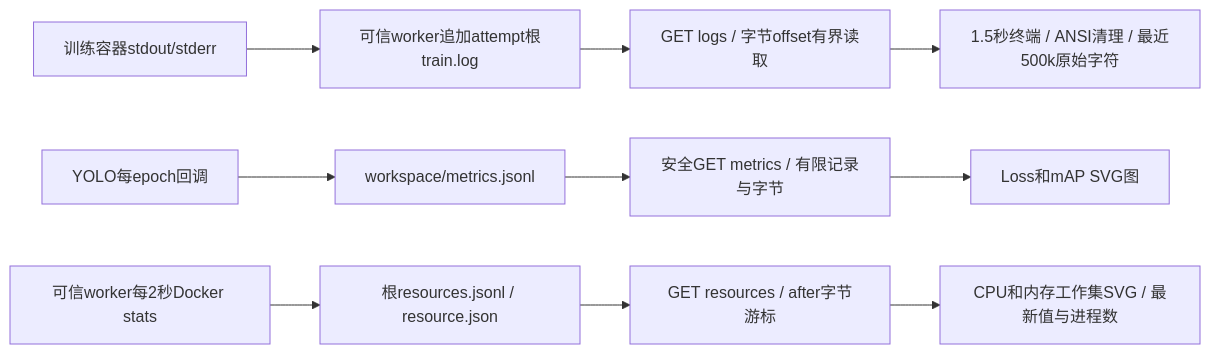
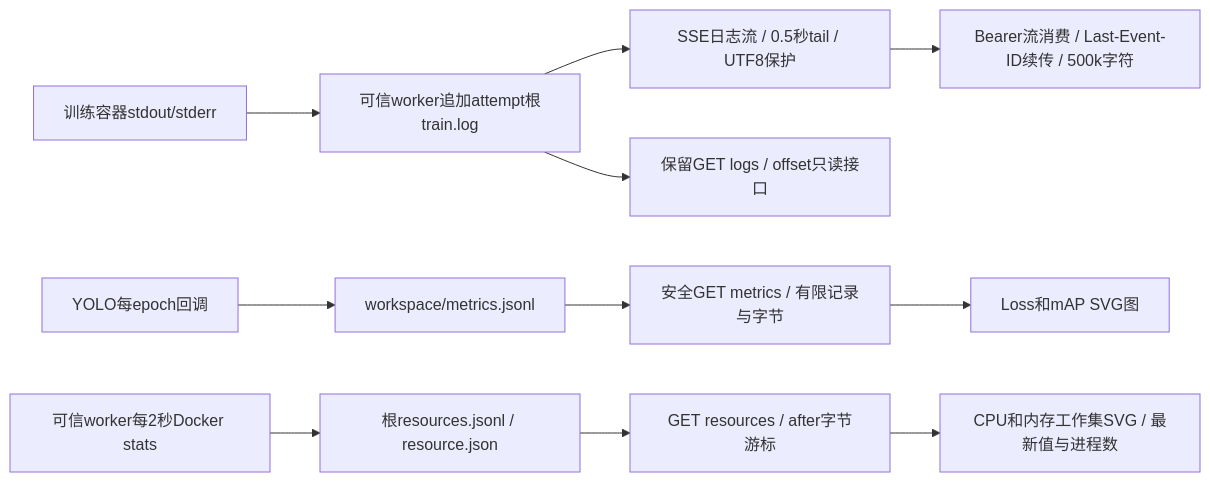
The sixth of 6 diagrams in docs/architecture-and-implementation.md (jackjiahao1491/trainplane-yolo-cpu), drawn with Mermaid before and after one commit. The commit also changed other lines of this file and 10 other files, not shown here.

````diff
--- a/docs/architecture-and-implementation.md
+++ b/docs/architecture-and-implementation.md
@@ -237,13 +237,14 @@
 ```mermaid
 %% diagram: observability
 flowchart LR
   TRAIN[训练容器stdout/stderr] --> LOG[可信worker追加attempt根train.log]
-  LOG --> LAPI[GET logs / 字节offset有界读取]
-  LAPI --> UI[1.5秒终端 / ANSI清理 / 最近500k原始字符]
+  LOG --> LAPI[SSE日志流 / 0.5秒tail / UTF8保护]
+  LAPI --> UI[Bearer流消费 / Last-Event-ID续传 / 500k字符]
+  LOG --> BACKUP[保留GET logs / offset只读接口]
   EPOCH[YOLO每epoch回调] --> METRICS[workspace/metrics.jsonl]
   METRICS --> MAPI[安全GET metrics / 有限记录与字节]
   MAPI --> MCHART[Loss和mAP SVG图]
   STATS[可信worker每2秒Docker stats] --> RESOURCE[根resources.jsonl / resource.json]
   RESOURCE --> RAPI[GET resources / after字节游标]
   RAPI --> RCHART[CPU和内存工作集SVG / 最新值与进程数]
 ```
````
